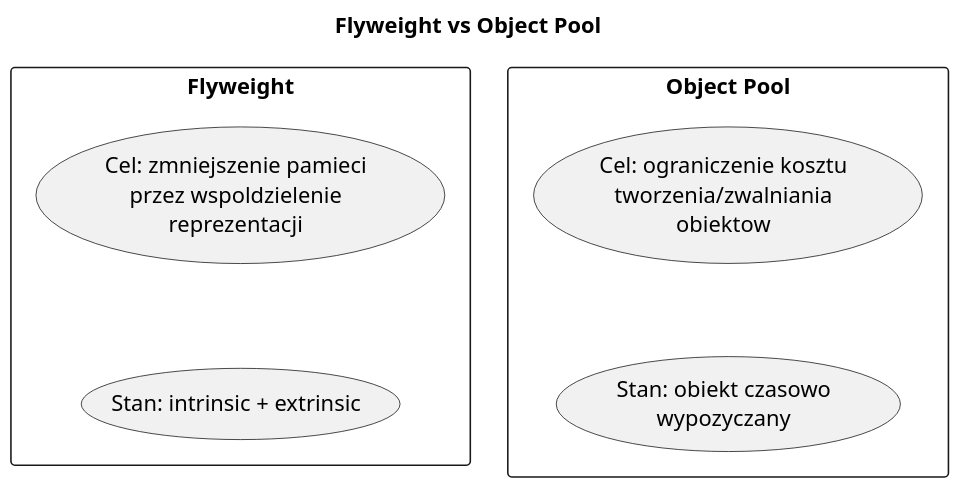
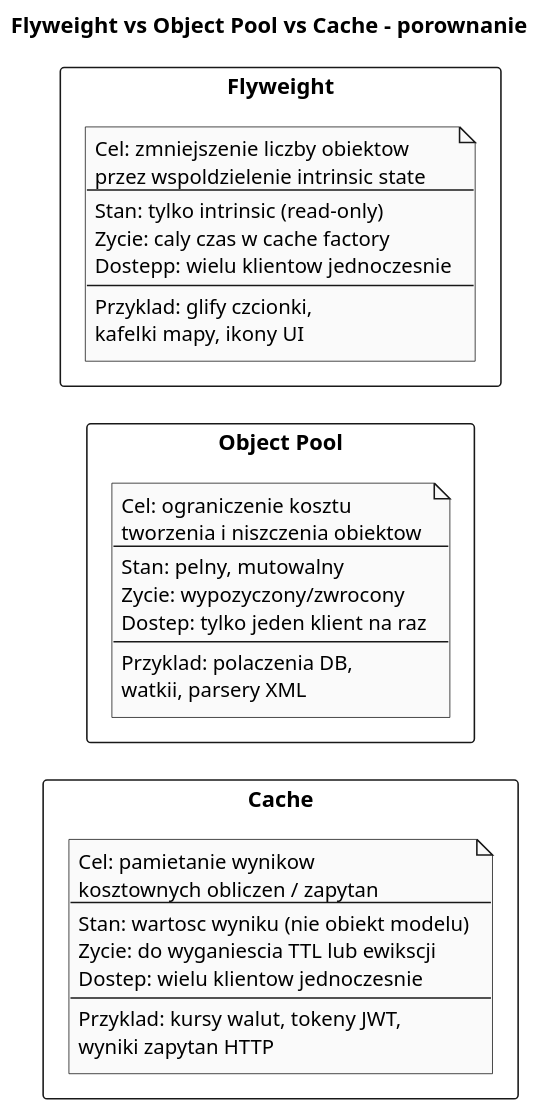
The diagram in src/11-pylek/06-kiedy-stosowac-i-alternatywy/diagrams/01-flyweight-vs-pool.puml (tborzyszkowski/DesignPatterns), drawn with PlantUML before and after one commit. The commit also changed 7 other files, not shown here.

```diff
--- a/src/11-pylek/06-kiedy-stosowac-i-alternatywy/diagrams/01-flyweight-vs-pool.puml
+++ b/src/11-pylek/06-kiedy-stosowac-i-alternatywy/diagrams/01-flyweight-vs-pool.puml
@@ -1,20 +1,52 @@
 @startuml flyweight_vs_pool
-title Flyweight vs Object Pool
+title Flyweight vs Object Pool vs Cache - porownanie
 
 skinparam monochrome true
 skinparam dpi 150
 
 rectangle "Flyweight" {
-  usecase "Cel: zmniejszenie pamieci\nprzez wspoldzielenie\nreprezentacji" as F1
-  usecase "Stan: intrinsic + extrinsic" as F2
+    note as F1
+      Cel: zmniejszenie liczby obiektow
+      przez wspoldzielenie intrinsic state
+      ----
+      Stan: tylko intrinsic (read-only)
+      Zycie: caly czas w cache factory
+      Dostepp: wielu klientow jednoczesnie
+      ----
+      Przyklad: glify czcionki,
+      kafelki mapy, ikony UI
+    end note
 }
 
 rectangle "Object Pool" {
-  usecase "Cel: ograniczenie kosztu\ntworzenia/zwalniania\nobiektow" as P1
-  usecase "Stan: obiekt czasowo\nwypozyczany" as P2
+    note as P1
+      Cel: ograniczenie kosztu
+      tworzenia i niszczenia obiektow
+      ----
+      Stan: pelny, mutowalny
+      Zycie: wypozyczony/zwrocony
+      Dostep: tylko jeden klient na raz
+      ----
+      Przyklad: polaczenia DB,
+      watkii, parsery XML
+    end note
 }
 
-F1 -[hidden]- F2
-P1 -[hidden]- P2
+rectangle "Cache" {
+    note as C1
+      Cel: pamietanie wynikow
+      kosztownych obliczen / zapytan
+      ----
+      Stan: wartosc wyniku (nie obiekt modelu)
+      Zycie: do wyganiescia TTL lub ewikscji
+      Dostep: wielu klientow jednoczesnie
+      ----
+      Przyklad: kursy walut, tokeny JWT,
+      wyniki zapytan HTTP
+    end note
+}
+
+F1 -[hidden]- P1
+P1 -[hidden]- C1
 
 @enduml
```
